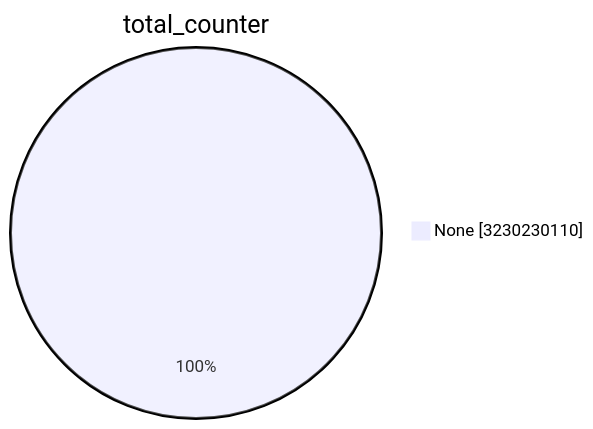
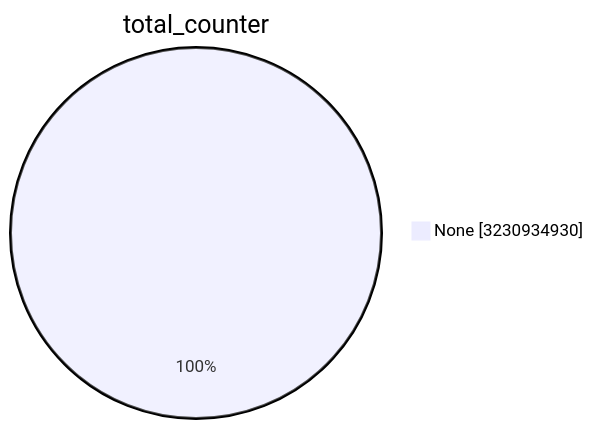
One commit to christiankrug/ctmonitor_visualization changed the first of 15 diagrams in TOTAL/README.md. Above: the diagram before and after it, drawn with Mermaid. The commit also changed other lines of this file, not shown here.

````diff
--- a/TOTAL/README.md
+++ b/TOTAL/README.md
@@ -1,5 +1,5 @@
 ```mermaid
 pie showData
 title total_counter
-"None" :3230230110
+"None" :3230934930
 ```
````
